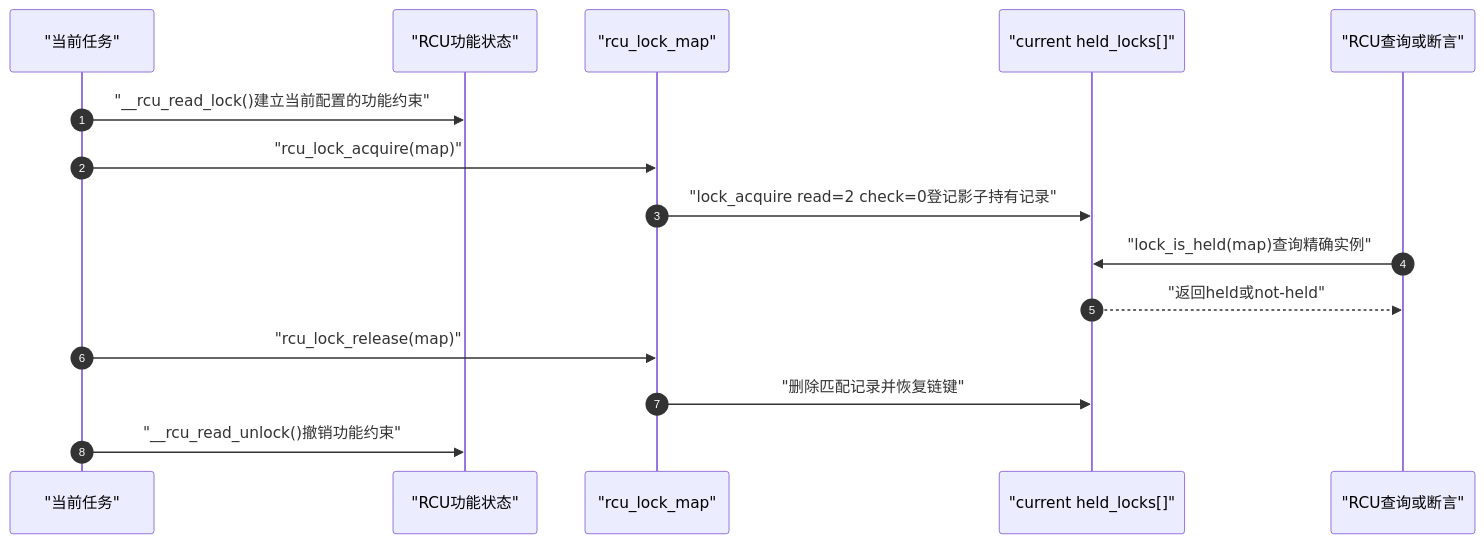
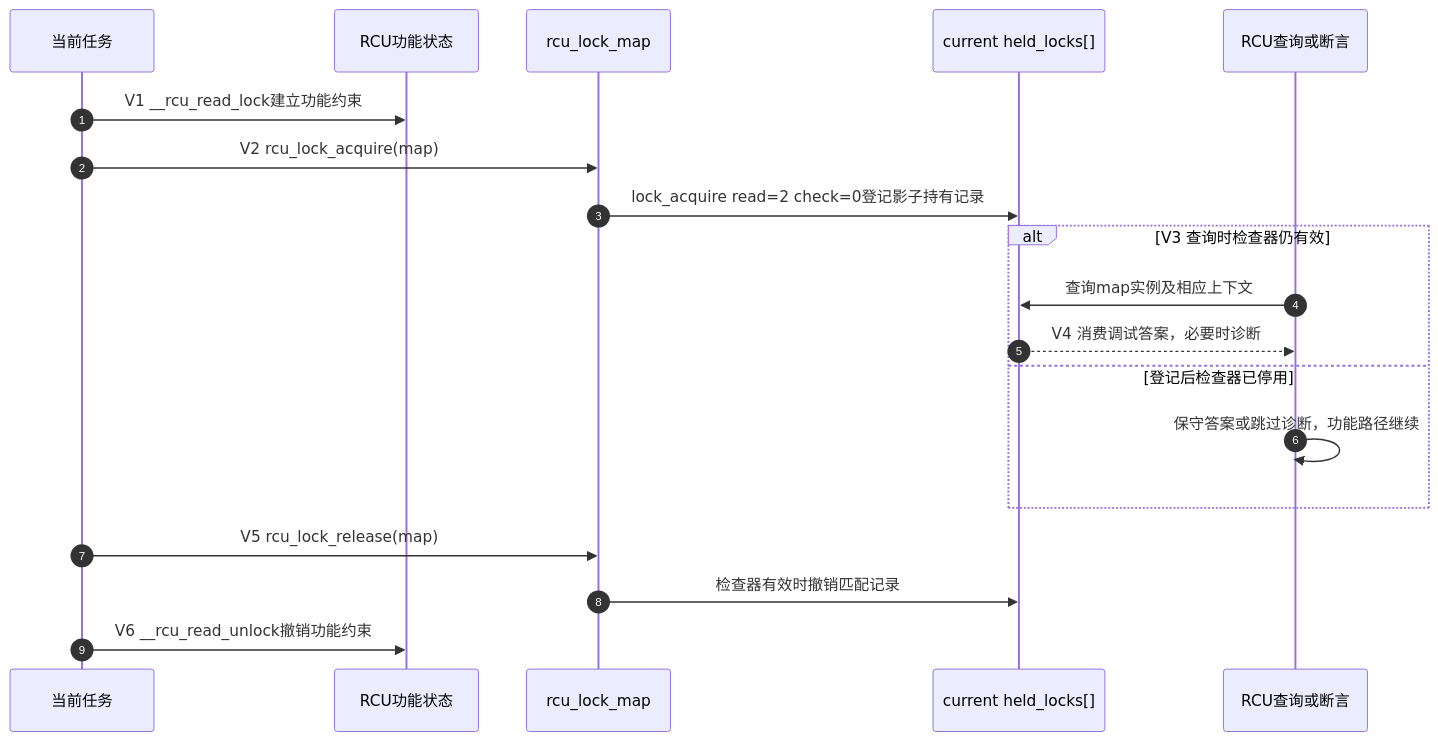
One commit to FormingSystem/linux_note changed the first of 3 diagrams in research/source_reading/rcu/source_explanations/P04_Linux_6.12_RCU_Lockdep适配层源码实现.md. Above: the diagram before and after it, drawn with Mermaid. The commit also changed other lines of this file and 1 other file, not shown here.

First line of the commit message:
content(rcu/source): 校正Lockdep适配的有效性与配置边界

````diff
--- a/research/source_reading/rcu/source_explanations/P04_Linux_6.12_RCU_Lockdep适配层源码实现.md
+++ b/research/source_reading/rcu/source_explanations/P04_Linux_6.12_RCU_Lockdep适配层源码实现.md
@@ -236,19 +242,23 @@
 ```mermaid
 sequenceDiagram
     autonumber
 
-    participant T as "当前任务"
-    participant F as "RCU功能状态"
-    participant M as "rcu_lock_map"
-    participant H as "current held_locks[]"
-    participant Q as "RCU查询或断言"
+    participant T as 当前任务
+    participant F as RCU功能状态
+    participant M as rcu_lock_map
+    participant H as current held_locks[]
+    participant Q as RCU查询或断言
 
-    T->>F: "__rcu_read_lock()建立当前配置的功能约束"
-    T->>M: "rcu_lock_acquire(map)"
-    M->>H: "lock_acquire read=2 check=0登记影子持有记录"
-    Q->>H: "lock_is_held(map)查询精确实例"
-    H-->>Q: "返回held或not-held"
-    T->>M: "rcu_lock_release(map)"
-    M->>H: "删除匹配记录并恢复链键"
-    T->>F: "__rcu_read_unlock()撤销功能约束"
+    T->>F: V1 __rcu_read_lock建立功能约束
+    T->>M: V2 rcu_lock_acquire(map)
+    M->>H: lock_acquire read=2 check=0登记影子持有记录
+    alt V3 查询时检查器仍有效
+        Q->>H: 查询map实例及相应上下文
+        H-->>Q: V4 消费调试答案，必要时诊断
+    else 登记后检查器已停用
+        Q->>Q: 保守答案或跳过诊断，功能路径继续
+    end
+    T->>M: V5 rcu_lock_release(map)
+    M->>H: 检查器有效时撤销匹配记录
+    T->>F: V6 __rcu_read_unlock撤销功能约束
 ```
````
